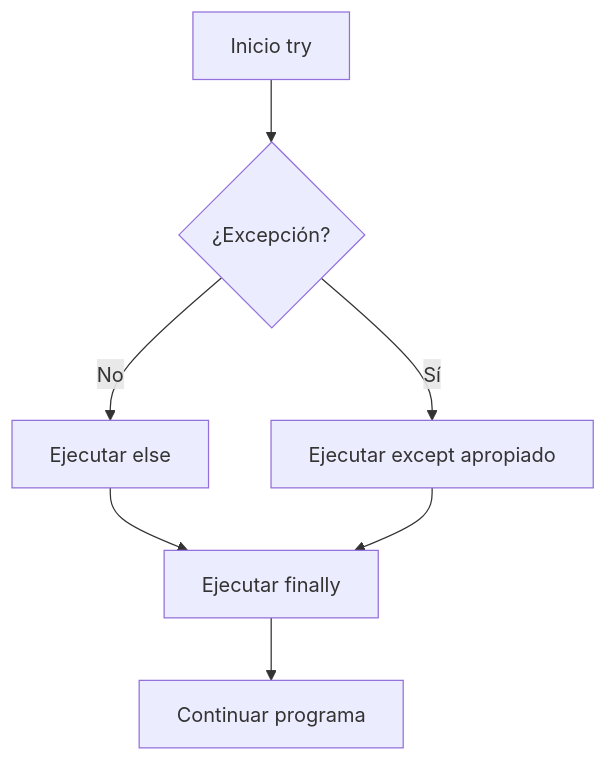
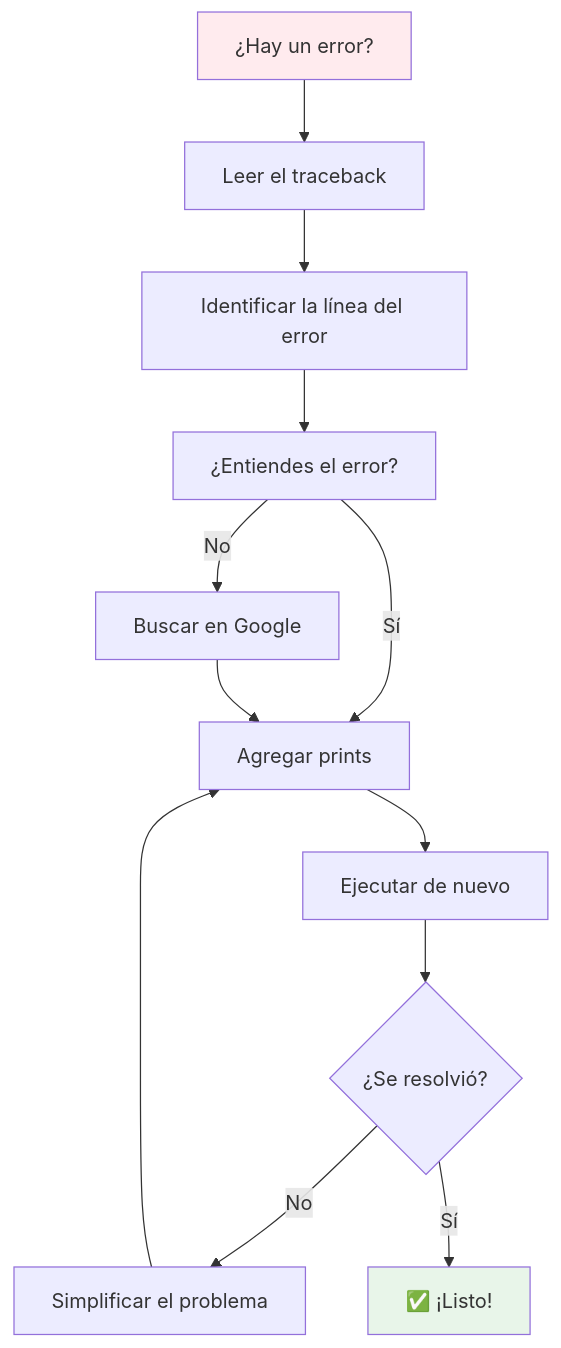
The second of 2 diagrams in 6_excepciones.md (INGCOM-UNRN/apunte-ingreso), drawn with Mermaid before and after one commit. The commit also changed other lines of this file and 62 other files, not shown here.

````diff
--- a/6_excepciones.md
+++ b/6_excepciones.md
@@ -459,9 +1197,17 @@
-```mermaid
+```{mermaid}
 graph TD
-    A[Inicio try] --> B{¿Excepción?}
-    B -->|No| C[Ejecutar else]
-    B -->|Sí| D[Ejecutar except apropiado]
-    C --> E[Ejecutar finally]
-    D --> E
-    E --> F[Continuar programa]
+    A[¿Hay un error?] --> B[Leer el traceback]
+    B --> C[Identificar la línea del error]
+    C --> D[¿Entiendes el error?]
+    D -->|No| E[Buscar en Google]
+    D -->|Sí| F[Agregar prints]
+    F --> G[Ejecutar de nuevo]
+    G --> H{¿Se resolvió?}
+    H -->|No| I[Simplificar el problema]
+    I --> F
+    H -->|Sí| J[✅ ¡Listo!]
+    E --> F
+    
+    style A fill:#ffebee
+    style J fill:#e8f5e9
 ```
````
